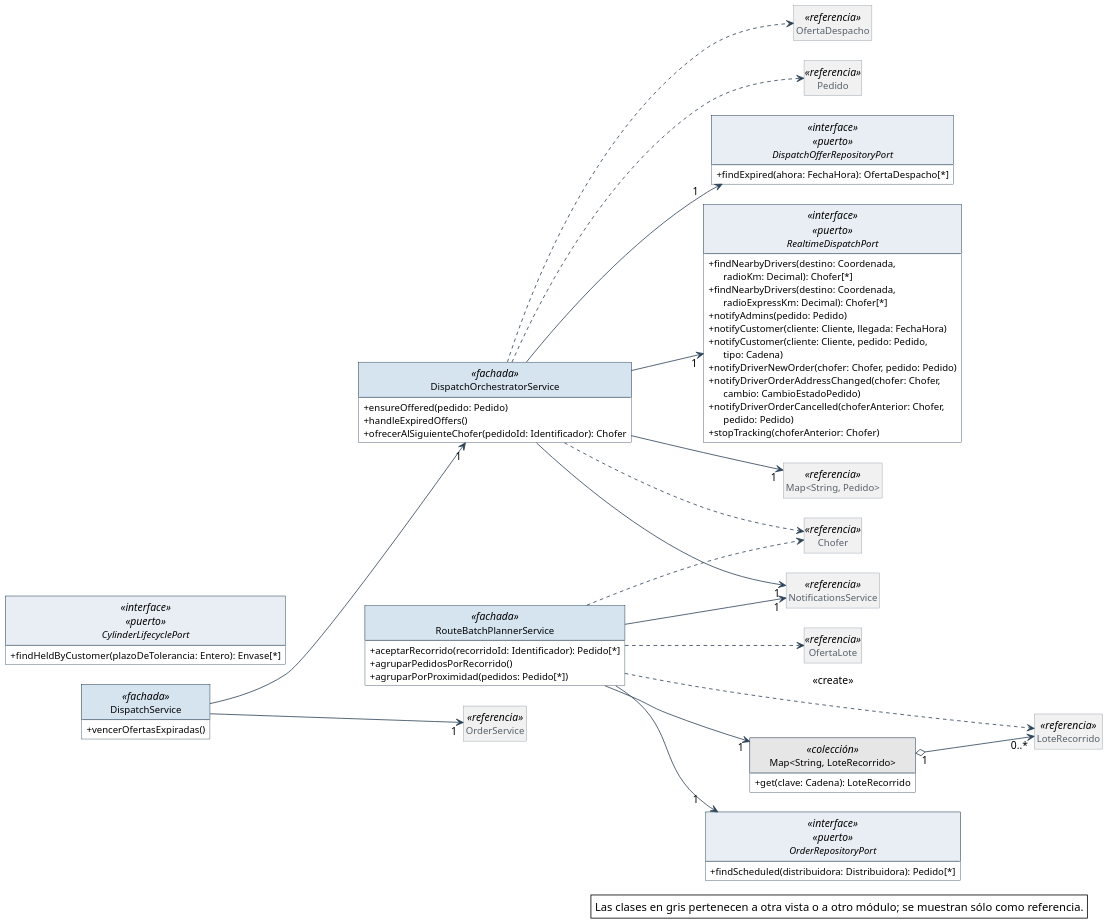
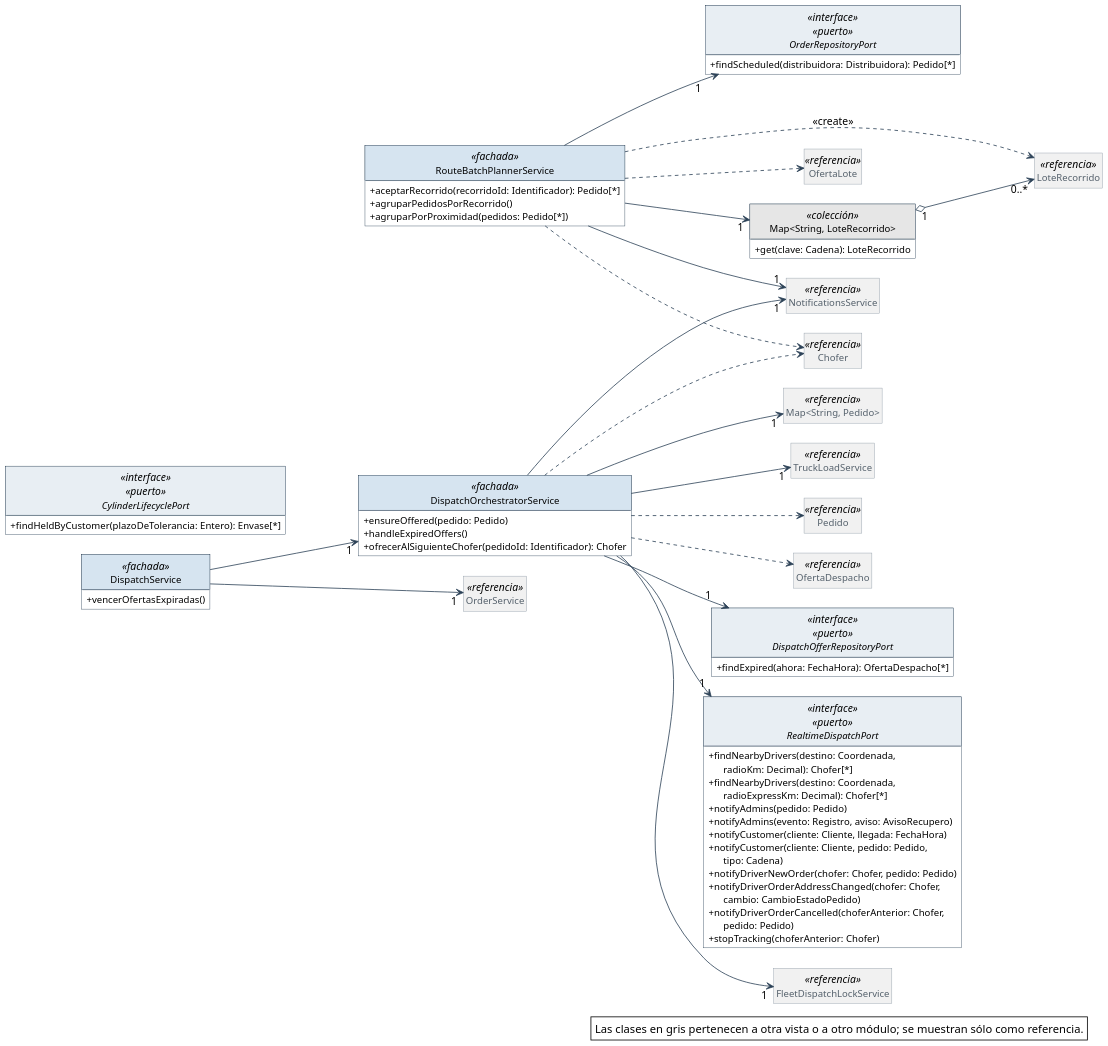
Before and after one commit to Nahuelito-Dev/splg-docs: the diagram in diagramas/clases-diseno/DC_Mod_Despacho.puml, drawn with PlantUML. The commit also changed 1067 other files, not shown here.

```diff
--- a/diagramas/clases-diseno/DC_Mod_Despacho.puml
+++ b/diagramas/clases-diseno/DC_Mod_Despacho.puml
@@ -1,128 +1,133 @@
 @startuml
 skinparam backgroundColor #FFFFFF
 skinparam shadowing false
 skinparam defaultFontName Helvetica
 skinparam defaultFontSize 13
 skinparam dpi 150
 skinparam nodesep 40
 skinparam ranksep 55
 skinparam classAttributeIconSize 0
 skinparam roundCorner 0
 skinparam genericDisplay old
 skinparam class {
   BorderColor #2C4257
   BackgroundColor #FFFFFF
   ArrowColor #2C4257
   FontSize 14
   AttributeFontSize 12
   HeaderBackgroundColor #E8EEF3
 }
 skinparam class<<referencia>> {
   BackgroundColor #F1F1F1
   BorderColor #8A97A3
   FontColor #55616C
 }
 skinparam class<<fachada>> {
   HeaderBackgroundColor #D6E4F0
 }
 skinparam class<<controlador>> {
   HeaderBackgroundColor #D6E4F0
 }
 skinparam class<<fabricación pura>> {
   HeaderBackgroundColor #F3E9CF
 }
 skinparam class<<colección>> {
   HeaderBackgroundColor #E6E6E6
 }
 skinparam class<<adaptador>> {
   HeaderBackgroundColor #DCEBDD
 }
 skinparam interface {
   BorderColor #2C4257
   BackgroundColor #FFFFFF
   HeaderBackgroundColor #DCEBDD
   FontSize 14
   AttributeFontSize 12
 }
 skinparam note {
   BackgroundColor #FFFFFF
   BorderColor #2C4257
 }
 skinparam packageStyle rectangle
 skinparam package {
   BorderColor #8A97A3
   FontSize 13
   FontColor #55616C
 }
 hide circle
 hide empty members
 
 left to right direction
 skinparam nodesep 25
 skinparam ranksep 90
 class DispatchOrchestratorService <<fachada>> {
   + ensureOffered(pedido: Pedido)
   + handleExpiredOffers()
   + ofrecerAlSiguienteChofer(pedidoId: Identificador): Chofer
 }
 class DispatchService <<fachada>> {
   + vencerOfertasExpiradas()
 }
 interface DispatchOfferRepositoryPort <<interface>> <<puerto>> {
   + findExpired(ahora: FechaHora): OfertaDespacho[*]
 }
 interface RealtimeDispatchPort <<interface>> <<puerto>> {
   + findNearbyDrivers(destino: Coordenada,\n      radioKm: Decimal): Chofer[*]
   + findNearbyDrivers(destino: Coordenada,\n      radioExpressKm: Decimal): Chofer[*]
   + notifyAdmins(pedido: Pedido)
+  + notifyAdmins(evento: Registro, aviso: AvisoRecupero)
   + notifyCustomer(cliente: Cliente, llegada: FechaHora)
   + notifyCustomer(cliente: Cliente, pedido: Pedido,\n      tipo: Cadena)
   + notifyDriverNewOrder(chofer: Chofer, pedido: Pedido)
   + notifyDriverOrderAddressChanged(chofer: Chofer,\n      cambio: CambioEstadoPedido)
   + notifyDriverOrderCancelled(choferAnterior: Chofer,\n      pedido: Pedido)
   + stopTracking(choferAnterior: Chofer)
 }
 class RouteBatchPlannerService <<fachada>> {
   + aceptarRecorrido(recorridoId: Identificador): Pedido[*]
   + agruparPedidosPorRecorrido()
   + agruparPorProximidad(pedidos: Pedido[*])
 }
 class "Map<String, LoteRecorrido>" as Map_String_LoteRecorrido <<colección>> {
   + get(clave: Cadena): LoteRecorrido
 }
 interface CylinderLifecyclePort <<interface>> <<puerto>> {
   + findHeldByCustomer(plazoDeTolerancia: Entero): Envase[*]
 }
 interface OrderRepositoryPort <<interface>> <<puerto>> {
   + findScheduled(distribuidora: Distribuidora): Pedido[*]
 }
 class LoteRecorrido <<referencia>>
+class FleetDispatchLockService <<referencia>>
 class "Map<String, Pedido>" as Map_String_Pedido <<referencia>>
 class NotificationsService <<referencia>>
+class TruckLoadService <<referencia>>
 class OrderService <<referencia>>
+class Chofer <<referencia>>
+class Pedido <<referencia>>
+class OfertaDespacho <<referencia>>
 class OfertaLote <<referencia>>
-class Chofer <<referencia>>
-class OfertaDespacho <<referencia>>
-class Pedido <<referencia>>
 
 Map_String_LoteRecorrido "1" o--> "0..*" LoteRecorrido
 DispatchOrchestratorService --> "1" DispatchOfferRepositoryPort
+DispatchOrchestratorService --> "1" FleetDispatchLockService
 DispatchOrchestratorService --> "1" Map_String_Pedido
 DispatchOrchestratorService --> "1" NotificationsService
 DispatchOrchestratorService --> "1" RealtimeDispatchPort
+DispatchOrchestratorService --> "1" TruckLoadService
 DispatchService --> "1" DispatchOrchestratorService
 DispatchService --> "1" OrderService
 RouteBatchPlannerService --> "1" Map_String_LoteRecorrido
 RouteBatchPlannerService --> "1" NotificationsService
 RouteBatchPlannerService --> "1" OrderRepositoryPort
 DispatchOrchestratorService ..> Chofer
 DispatchOrchestratorService ..> OfertaDespacho
 DispatchOrchestratorService ..> Pedido
 RouteBatchPlannerService ..> Chofer
 RouteBatchPlannerService ..> LoteRecorrido : <<create>>
 RouteBatchPlannerService ..> OfertaLote
 
 legend bottom right
   Las clases en gris pertenecen a otra vista o a otro módulo; se muestran sólo como referencia.
 endlegend
 @enduml
```
